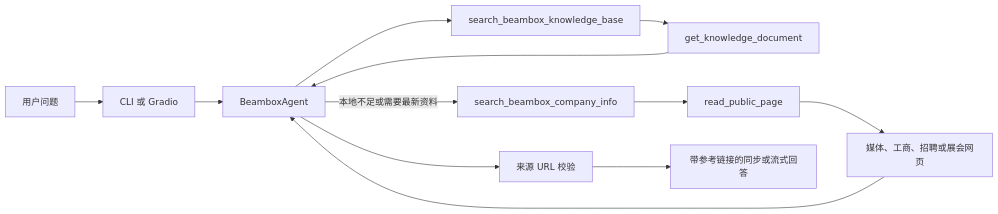
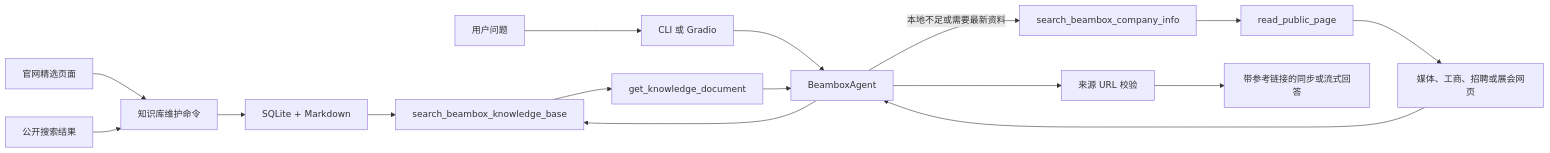
One commit to wzj1228516103/python-ai-learn changed the diagram in beambox-agent/README.md. Above: the diagram before and after it, drawn with Mermaid. The commit also changed other lines of this file, not shown here.

````diff
--- a/beambox-agent/README.md
+++ b/beambox-agent/README.md
@@ -75,14 +124,18 @@
 ```mermaid
 flowchart LR
+    C["知识库维护命令"] --> KB["SQLite + Markdown"]
+    W["官网精选页面"] --> C
+    X["公开搜索结果"] --> C
     U["用户问题"] --> UI["CLI 或 Gradio"]
     UI --> A["BeamboxAgent"]
     A --> K["search_beambox_knowledge_base"]
+    KB --> K
     K --> D["get_knowledge_document"]
     D --> A
     A -->|"本地不足或需要最新资料"| S["search_beambox_company_info"]
     S --> R["read_public_page"]
     R --> P["媒体、工商、招聘或展会网页"]
     P --> A
     A --> V["来源 URL 校验"]
     V --> O["带参考链接的同步或流式回答"]
 ```
````
